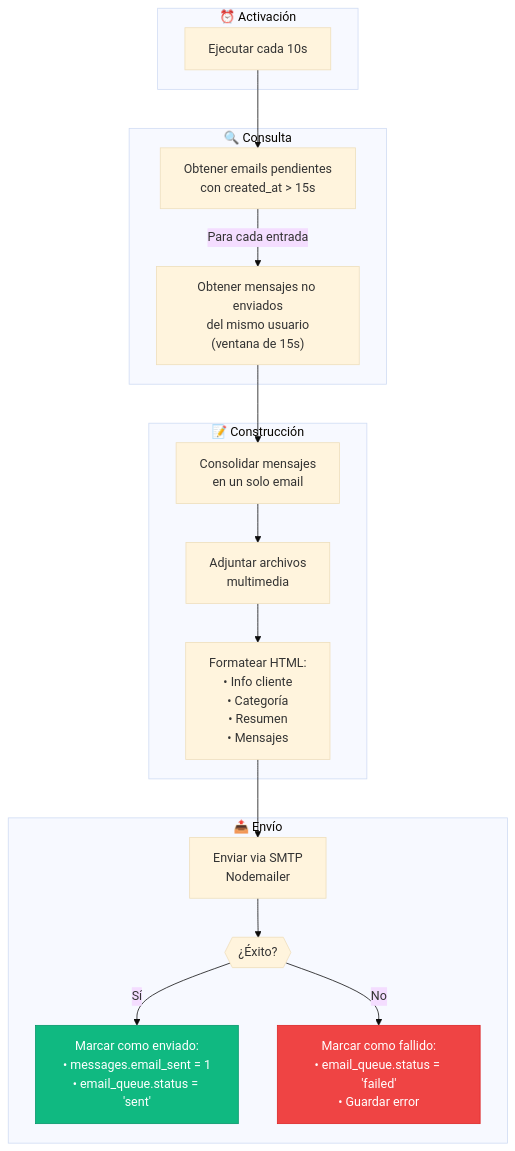
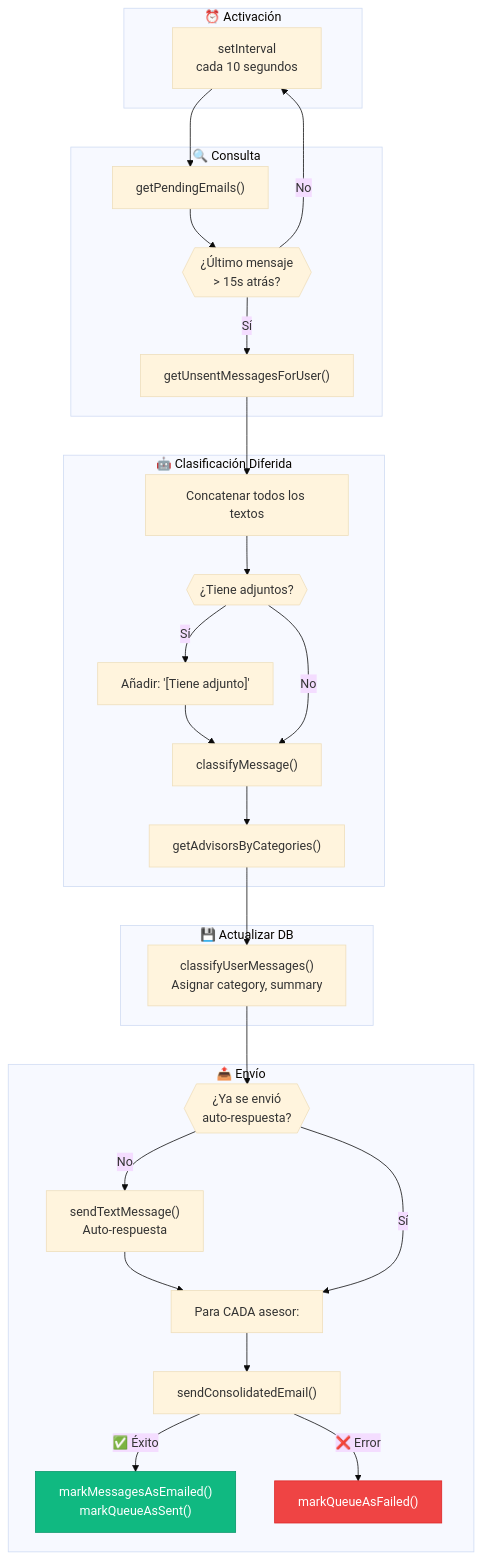
Before and after one commit to dmartorell/WhatsApp-manager-poc: the fifth of 9 diagrams in docs/message-flow-diagram.md, drawn with Mermaid (base theme). The commit also changed other lines of this file and 2 other files, not shown here.

First line of the commit message:
Feat: Marcar mensajes como leídos + actualizar docs

````diff
--- a/docs/message-flow-diagram.md
+++ b/docs/message-flow-diagram.md
@@ -178,40 +214,56 @@
 ```mermaid
 flowchart TB
     subgraph TRIGGER["⏰ Activación"]
-        CRON["Ejecutar cada 10s"]
+        CRON["setInterval<br/>cada 10 segundos"]
     end
 
     subgraph QUERY["🔍 Consulta"]
-        GET_PENDING["Obtener emails pendientes<br/>con created_at > 15s"]
-        GET_MSGS["Obtener mensajes no enviados<br/>del mismo usuario<br/>(ventana de 15s)"]
+        GET_PENDING["getPendingEmails()"]
+        CHECK_TIME{{"¿Último mensaje<br/>> 15s atrás?"}}
+        GET_MSGS["getUnsentMessagesForUser()"]
     end
 
-    subgraph BUILD["📝 Construcción"]
-        CONSOLIDATE["Consolidar mensajes<br/>en un solo email"]
-        ATTACH["Adjuntar archivos<br/>multimedia"]
-        FORMAT["Formatear HTML:<br/>• Info cliente<br/>• Categoría<br/>• Resumen<br/>• Mensajes"]
+    subgraph CLASSIFY["🤖 Clasificación Diferida"]
+        CONCAT["Concatenar todos los textos"]
+        HAS_ATTACH{{"¿Tiene adjuntos?"}}
+        ADD_CONTEXT["Añadir: '[Tiene adjunto]'"]
+        CALL_CLAUDE["classifyMessage()"]
+        GET_ADVISORS["getAdvisorsByCategories()"]
+    end
+
+    subgraph DB_UPDATE["💾 Actualizar DB"]
+        CLASSIFY_MSGS["classifyUserMessages()<br/>Asignar category, summary"]
     end
 
     subgraph SEND["📤 Envío"]
-        SMTP["Enviar via SMTP<br/>Nodemailer"]
-        SUCCESS{{"¿Éxito?"}}
-        MARK_SENT["Marcar como enviado:<br/>• messages.email_sent = 1<br/>• email_queue.status = 'sent'"]
-        MARK_FAILED["Marcar como fallido:<br/>• email_queue.status = 'failed'<br/>• Guardar error"]
+        CHECK_REPLIED{{"¿Ya se envió<br/>auto-respuesta?"}}
+        SEND_WA["sendTextMessage()<br/>Auto-respuesta"]
+        LOOP_ADVISORS["Para CADA asesor:"]
+        SEND_EMAIL["sendConsolidatedEmail()"]
+        MARK_SENT["markMessagesAsEmailed()<br/>markQueueAsSent()"]
+        MARK_FAILED["markQueueAsFailed()"]
     end
 
     CRON --> GET_PENDING
-    GET_PENDING -->|"Para cada entrada"| GET_MSGS
-    GET_MSGS --> CONSOLIDATE
-    CONSOLIDATE --> ATTACH
-    ATTACH --> FORMAT
-    FORMAT --> SMTP
-    SMTP --> SUCCESS
-    SUCCESS -->|"Sí"| MARK_SENT
-    SUCCESS -->|"No"| MARK_FAILED
+    GET_PENDING --> CHECK_TIME
+    CHECK_TIME -->|"No"| CRON
+    CHECK_TIME -->|"Sí"| GET_MSGS
+    GET_MSGS --> CONCAT
+    CONCAT --> HAS_ATTACH
+    HAS_ATTACH -->|"Sí"| ADD_CONTEXT --> CALL_CLAUDE
+    HAS_ATTACH -->|"No"| CALL_CLAUDE
+    CALL_CLAUDE --> GET_ADVISORS
+    GET_ADVISORS --> CLASSIFY_MSGS
+    CLASSIFY_MSGS --> CHECK_REPLIED
+    CHECK_REPLIED -->|"No"| SEND_WA --> LOOP_ADVISORS
+    CHECK_REPLIED -->|"Sí"| LOOP_ADVISORS
+    LOOP_ADVISORS --> SEND_EMAIL
+    SEND_EMAIL -->|"✅ Éxito"| MARK_SENT
+    SEND_EMAIL -->|"❌ Error"| MARK_FAILED
 
     classDef successStyle fill:#10B981,stroke:#059669,color:#fff
     classDef failStyle fill:#EF4444,stroke:#DC2626,color:#fff
 
     class MARK_SENT successStyle
     class MARK_FAILED failStyle
 ```
````
